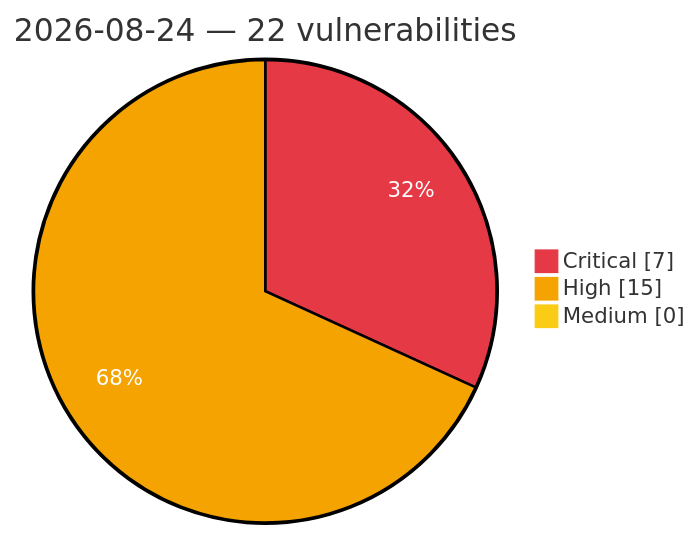
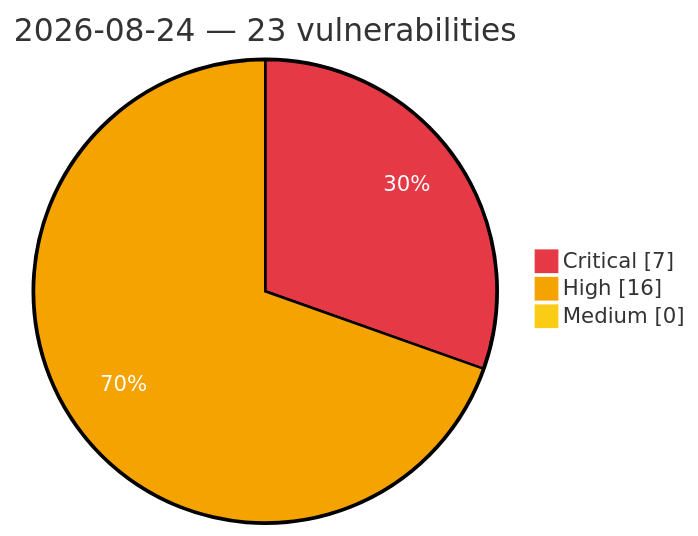
Before and after one commit to GhostX0X/vuln-tracker: the diagram in vulnerabilities/2026/August/2026-08-24.md, drawn with Mermaid. The commit also changed other lines of this file and 5 other files, not shown here.

````diff
--- a/vulnerabilities/2026/August/2026-08-24.md
+++ b/vulnerabilities/2026/August/2026-08-24.md
@@ -3,8 +3,8 @@
 ```mermaid
 %%{init: {'theme':'base', 'themeVariables': {'pie1':'#e63946', 'pie2':'#f4a300', 'pie3':'#facc15', 'pieOpacity':'1', 'pieOuterStrokeWidth':'2px', 'pieSectionTextColor':'#ffffff'}}}%%
 pie showData
-    title 2026-08-24 — 22 vulnerabilities
+    title 2026-08-24 — 23 vulnerabilities
     "Critical" : 7
-    "High" : 15
+    "High" : 16
     "Medium" : 0
 ```
````
